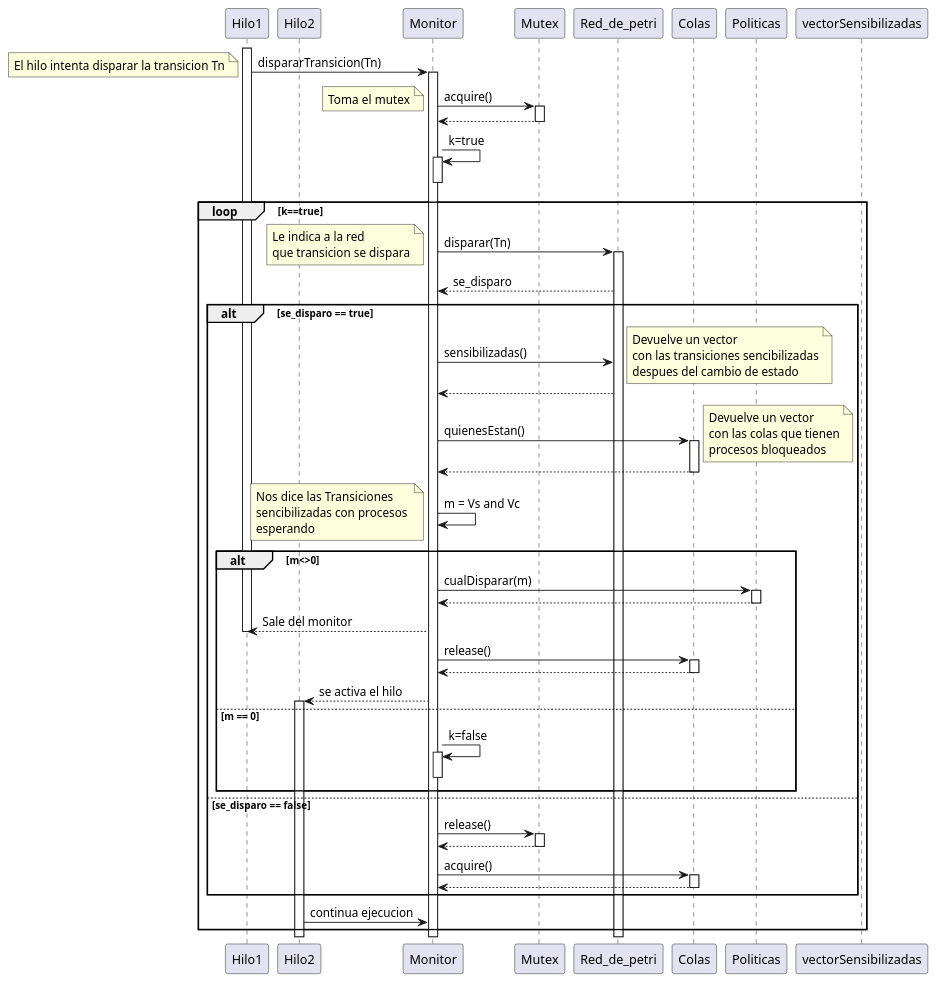
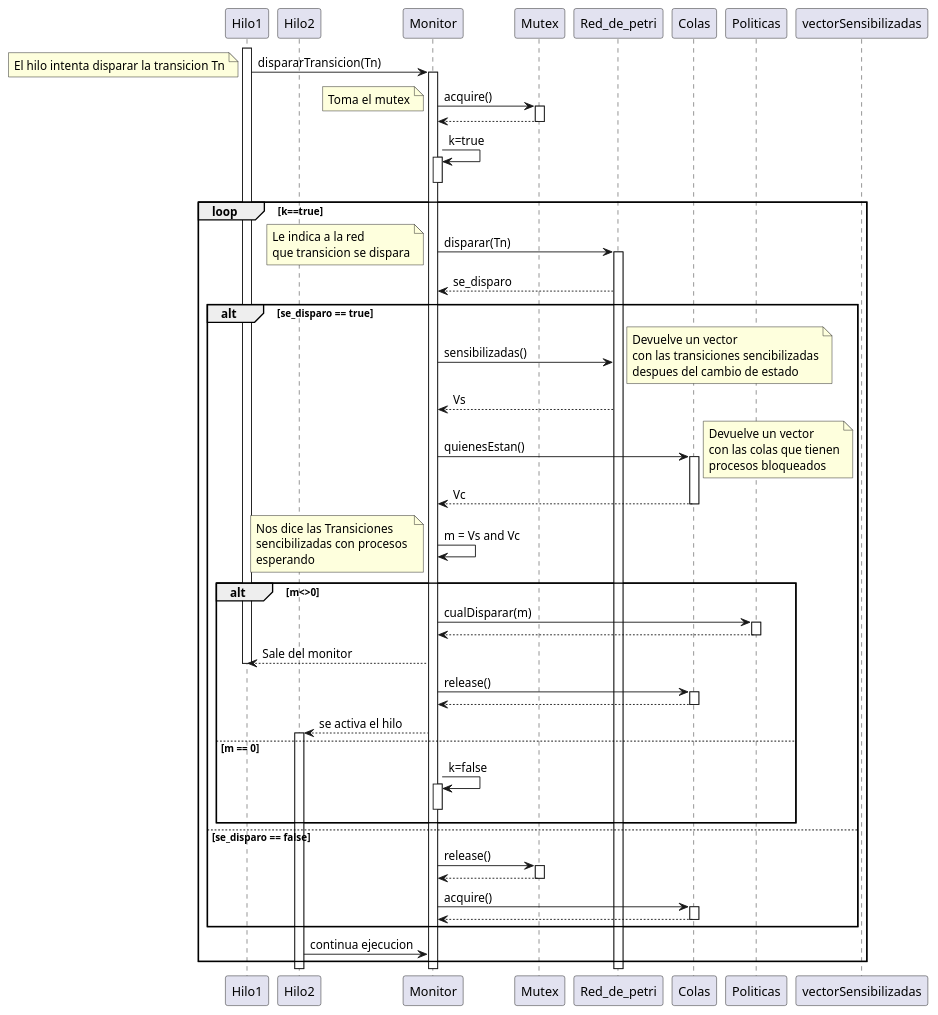
The diagram in doc/diagrama_sec.puml (JosiasTomasnanez/flightAgencyAttendanceMonitor), drawn with PlantUML before and after one commit.

Commit message:
Diagrama de secuencia sin tiempo

```diff
--- a/doc/diagrama_sec.puml
+++ b/doc/diagrama_sec.puml
@@ -1,93 +1,93 @@
 @startuml secuencia
 
 ' Definicion de participantes
 participant Hilo1
 participant Hilo2
 participant Monitor
 participant Mutex
 participant Red_de_petri
 participant Colas 
 participant Politicas
 participant vectorSensibilizadas
 
 ' Secuencia
 '' El hilo intenta disparar una Transicion
 activate Hilo1
 Hilo1 -> Monitor : dispararTransicion(Tn)
 note left: El hilo intenta disparar la transicion Tn
 activate Monitor
 
 '' El monitor toma el mutex
 Monitor -> Mutex : acquire()
 note left: Toma el mutex
 activate Mutex
 Mutex --> Monitor
 deactivate Mutex
 
 Monitor -> Monitor : k=true
 activate Monitor
 deactivate Monitor
 
 loop k==true
     Monitor -> Red_de_petri : disparar(Tn)
     note left 
     Le indica a la red 
     que transicion se dispara
     end note
     activate Red_de_petri
     Red_de_petri --> Monitor : se_disparo
     alt se_disparo == true
         Monitor -> Red_de_petri : sensibilizadas()
         note right
         Devuelve un vector
         con las transiciones sencibilizadas
         despues del cambio de estado
         end note
-        Red_de_petri --> Monitor
+        Red_de_petri --> Monitor : Vs
         Monitor -> Colas : quienesEstan()
         activate Colas
         note right
         Devuelve un vector
         con las colas que tienen
         procesos bloqueados
         end note
-        Colas --> Monitor
+        Colas --> Monitor : Vc
         deactivate Colas
         Monitor -> Monitor : m = Vs and Vc
         note left 
         Nos dice las Transiciones 
         sencibilizadas con procesos 
         esperando
         end note
         alt m<>0
             Monitor-> Politicas : cualDisparar(m)
             activate Politicas
             Politicas --> Monitor
             deactivate Politicas
             Monitor --> Hilo1 : Sale del monitor
             deactivate Hilo1
             Monitor -> Colas : release()
             activate Colas
             Colas --> Monitor
             deactivate Colas
             Monitor --> Hilo2 : se activa el hilo
             activate Hilo2
         else m == 0
             Monitor -> Monitor : k=false
             activate Monitor
             deactivate Monitor
         end
     else se_disparo == false
         Monitor -> Mutex : release()
         activate Mutex
         Mutex --> Monitor
         deactivate Mutex
         Monitor-> Colas : acquire()
         activate Colas
         Colas --> Monitor
         deactivate Colas
 
     end
     Hilo2 -> Monitor : continua ejecucion
 end
 @enduml
```
